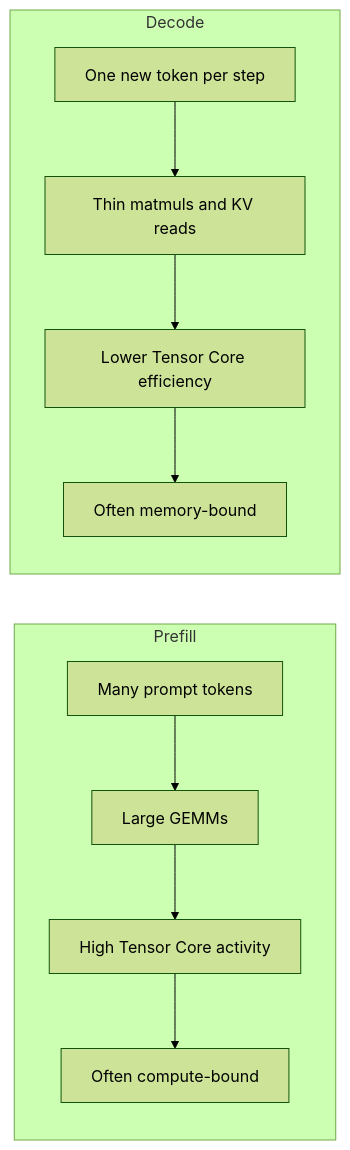
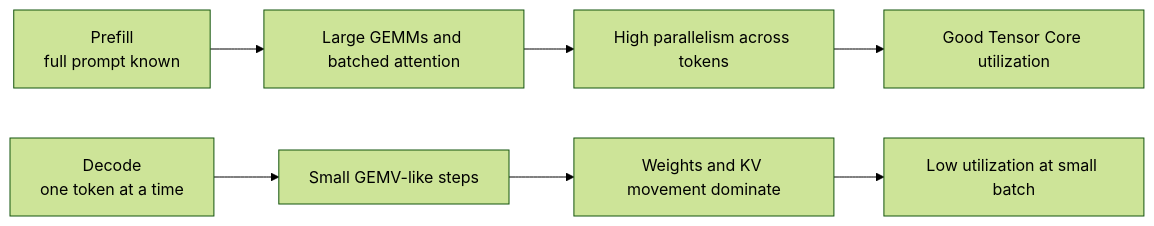
The sixth of 7 diagrams in nvidia/02_gpu_execution_model.md (nawab-ali/mlsys-prep), drawn with Mermaid (forest theme) before and after one commit. The commit also changed other lines of this file, not shown here.

````diff
--- a/nvidia/02_gpu_execution_model.md
+++ b/nvidia/02_gpu_execution_model.md
@@ -497,18 +519,10 @@
 ```mermaid
 flowchart LR
-  subgraph P[Prefill]
-    P1[Many prompt tokens]
-    P2[Large GEMMs]
-    P3[High Tensor Core activity]
-    P4[Often compute-bound]
-    P1 --> P2 --> P3 --> P4
-  end
+    P0[Prefill<br/>full prompt known] --> P1[Large GEMMs and batched attention]
+    P1 --> P2[High parallelism across tokens]
+    P2 --> P3[Good Tensor Core utilization]
 
-  subgraph D[Decode]
-    D1[One new token per step]
-    D2[Thin matmuls and KV reads]
-    D3[Lower Tensor Core efficiency]
-    D4[Often memory-bound]
-    D1 --> D2 --> D3 --> D4
-  end
+    D0[Decode<br/>one token at a time] --> D1[Small GEMV-like steps]
+    D1 --> D2[Weights and KV movement dominate]
+    D2 --> D3[Low utilization at small batch]
 ```
````
